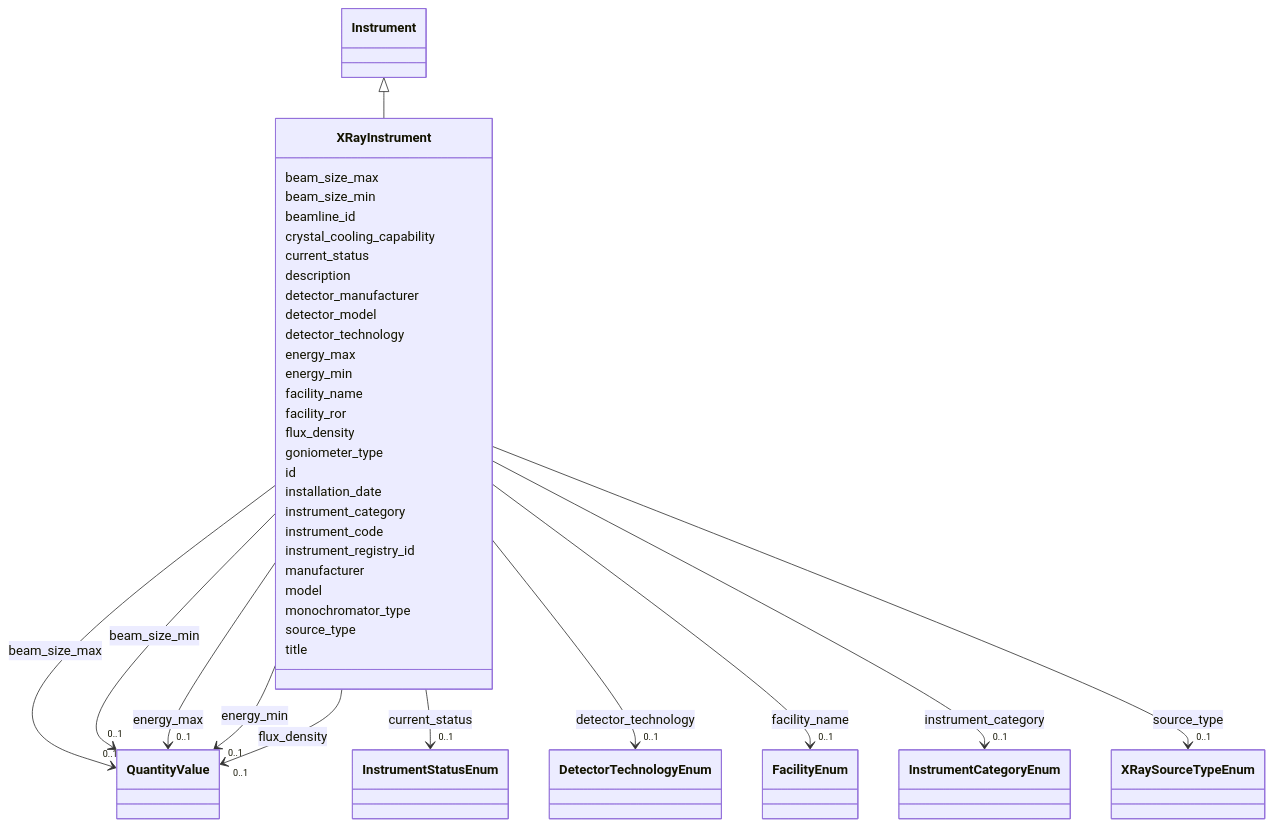
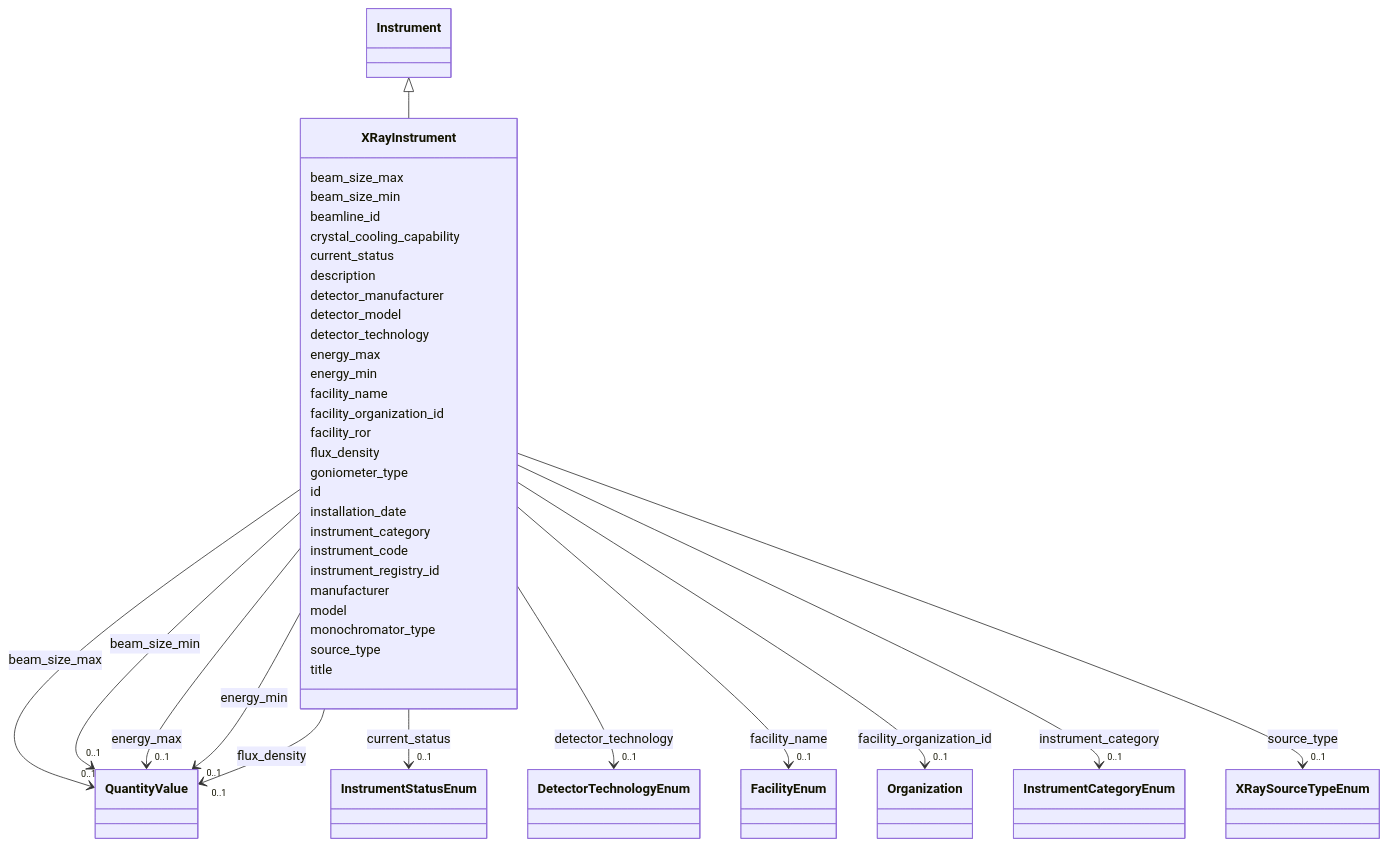
The diagram in docs/elements/XRayInstrument.md (lambda-ber/lambda-ber-schema), drawn with Mermaid before and after one commit. The commit also changed other lines of this file and 259 other files, not shown here.

```diff
--- a/docs/elements/XRayInstrument.md
+++ b/docs/elements/XRayInstrument.md
@@ -109,6 +109,17 @@
     
 
         
+      XRayInstrument : facility_organization_id
+        
+          
+    
+        
+        
+        XRayInstrument --> "0..1" Organization : facility_organization_id
+        click Organization href "../Organization/"
+    
+
+        
       XRayInstrument : facility_ror
         
       XRayInstrument : flux_density
```
